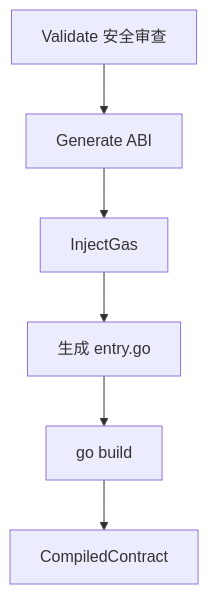
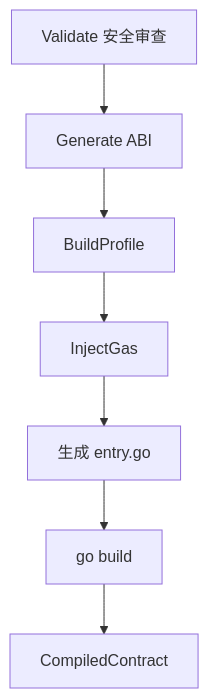
One commit to lengzhao/vm changed the diagram in docs/detailed_design/compiler_detailed_design.md. Above: the diagram before and after it, drawn with Mermaid. The commit also changed other lines of this file and 127 other files, not shown here.

````diff
--- a/docs/detailed_design/compiler_detailed_design.md
+++ b/docs/detailed_design/compiler_detailed_design.md
@@ -9,8 +9,9 @@
 ```mermaid
 flowchart TD
     A[Validate 安全审查] --> B[Generate ABI]
-    B --> C[InjectGas]
+    B --> P[BuildProfile]
+    P --> C[InjectGas]
     C --> D[生成 entry.go]
     D --> E[go build]
     E --> F[CompiledContract]
 ```
````
